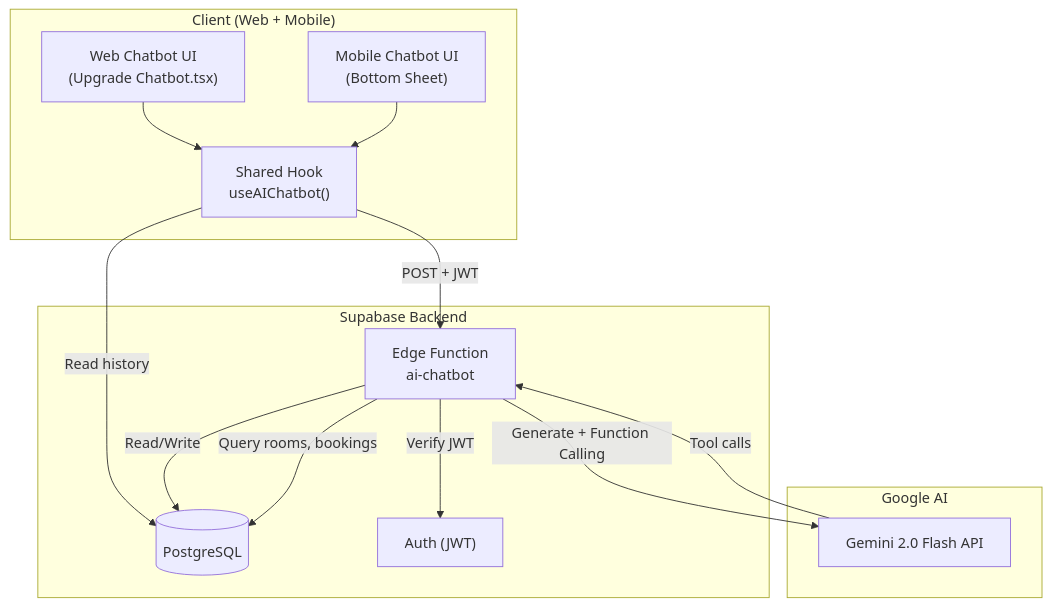
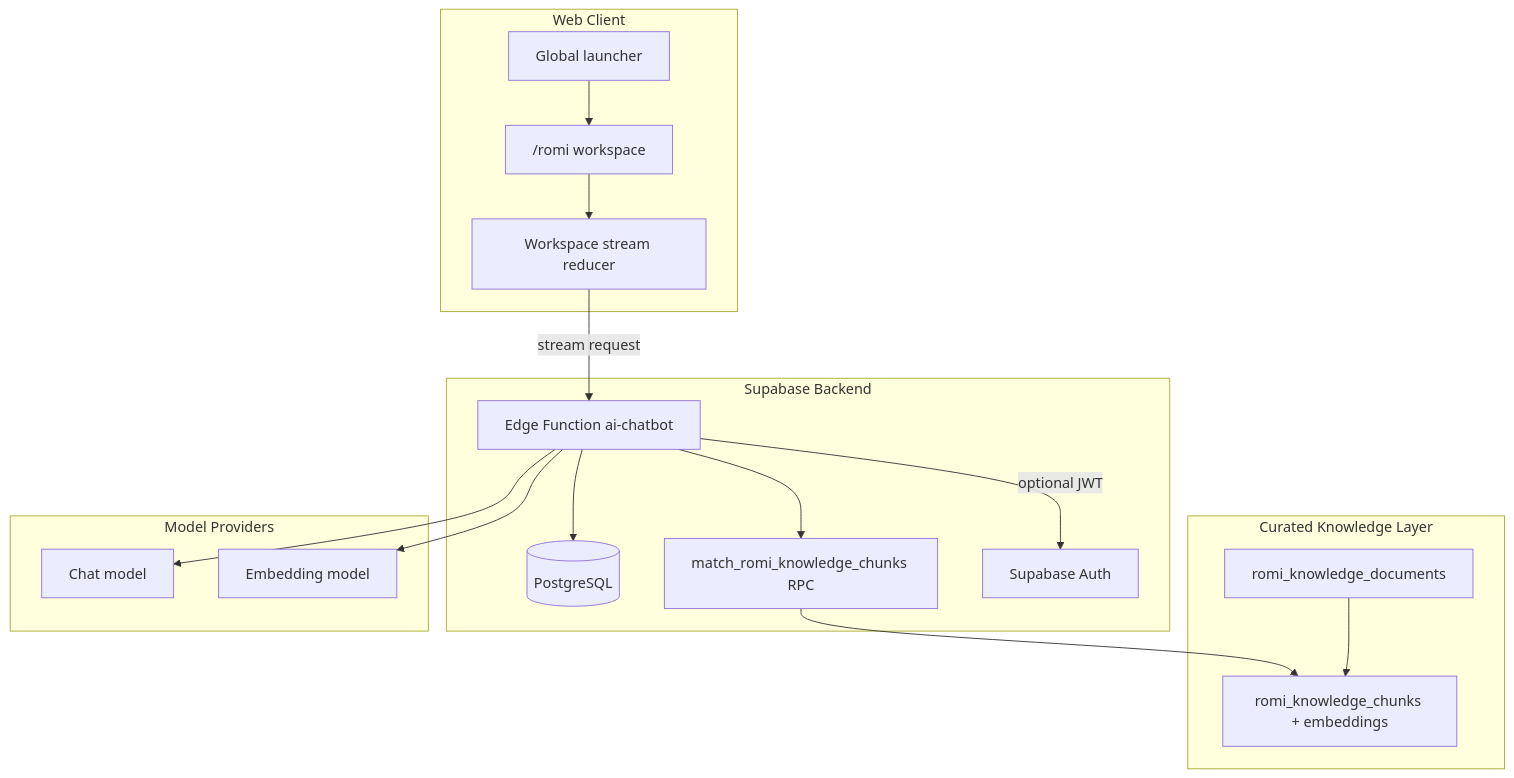
One commit to DarwinDO/roomz-ui changed the first of 2 diagrams in docs/ai/design/feature-ai-chatbot.md. Above: the diagram before and after it, drawn with Mermaid. The commit also changed other lines of this file and 63 other files, not shown here.

First line of the commit message:
refactor(ai-chatbot): implement ROMI v3 architecture and enhance guest support

````diff
--- a/docs/ai/design/feature-ai-chatbot.md
+++ b/docs/ai/design/feature-ai-chatbot.md
@@ -12,28 +12,36 @@
 ```mermaid
 graph TD
-    subgraph Client["Client (Web + Mobile)"]
-        WebUI["Web Chatbot UI<br/>(Upgrade Chatbot.tsx)"]
-        MobileUI["Mobile Chatbot UI<br/>(Bottom Sheet)"]
-        SharedHook["Shared Hook<br/>useAIChatbot()"]
+    subgraph Client["Web Client"]
+        Launcher["Global launcher"]
+        RomiPage["/romi workspace"]
+        Reducer["Workspace stream reducer"]
     end
 
     subgraph Supabase["Supabase Backend"]
-        EdgeFn["Edge Function<br/>ai-chatbot"]
+        EdgeFn["Edge Function ai-chatbot"]
         DB[(PostgreSQL)]
-        Auth["Auth (JWT)"]
+        RPC["match_romi_knowledge_chunks RPC"]
+        Auth["Supabase Auth"]
     end
 
-    subgraph Google["Google AI"]
-        Gemini["Gemini 2.0 Flash API"]
+    subgraph Knowledge["Curated Knowledge Layer"]
+        Docs["romi_knowledge_documents"]
+        Chunks["romi_knowledge_chunks + embeddings"]
     end
 
-    WebUI --> SharedHook
-    MobileUI --> SharedHook
-    SharedHook -->|"POST + JWT"| EdgeFn
-    SharedHook -->|"Read history"| DB
-    EdgeFn -->|"Verify JWT"| Auth
-    EdgeFn -->|"Read/Write"| DB
-    EdgeFn -->|"Generate + Function Calling"| Gemini
-    Gemini -->|"Tool calls"| EdgeFn
-    EdgeFn -->|"Query rooms, bookings"| DB
+    subgraph Models["Model Providers"]
+        LLM["Chat model"]
+        Embed["Embedding model"]
+    end
+
+    Launcher --> RomiPage
+    RomiPage --> Reducer
+    Reducer -->|"stream request"| EdgeFn
+    EdgeFn -->|"optional JWT"| Auth
+    EdgeFn --> DB
+    EdgeFn --> RPC
+    RPC --> Chunks
+    Docs --> Chunks
+    EdgeFn --> LLM
+    EdgeFn --> Embed
 ```
````
